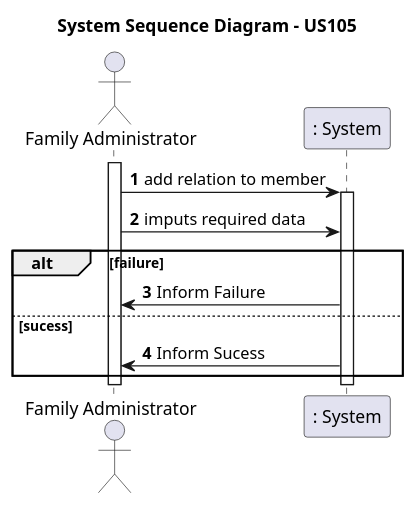
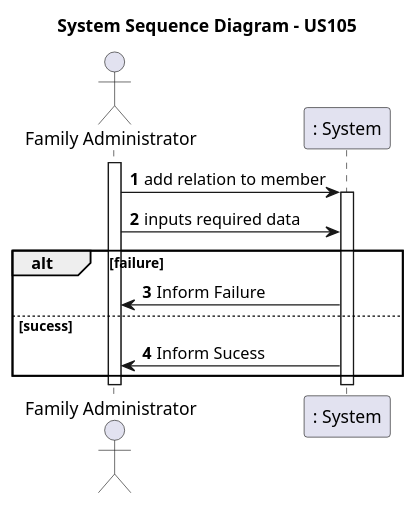
One commit to tomas-osswald/switch_2020_g3 changed the first of 4 diagrams in docs/US105_AddRelation.md. Above: the diagram before and after it, drawn with PlantUML. The commit also changed other lines of this file and 1 other file, not shown here.

Commit message:
Added System Sequence Diagram, Client Notes and Analysis to US011 documentation

````diff
--- a/docs/US105_AddRelation.md
+++ b/docs/US105_AddRelation.md
@@ -25,24 +25,24 @@
 ```puml
 autonumber
 title System Sequence Diagram - US105
 
 actor "Family Administrator" as familyAdministrator
 participant ": System" as system
 
 activate familyAdministrator
 familyAdministrator -> system : add relation to member
 activate system
-familyAdministrator -> system : imputs required data
+familyAdministrator -> system : inputs required data
 
 alt failure
 system -> familyAdministrator : Inform Failure
 
 else sucess
 system -> familyAdministrator : Inform Sucess
 
 end
 
 deactivate system
 
 deactivate familyAdministrator
 ```
````
